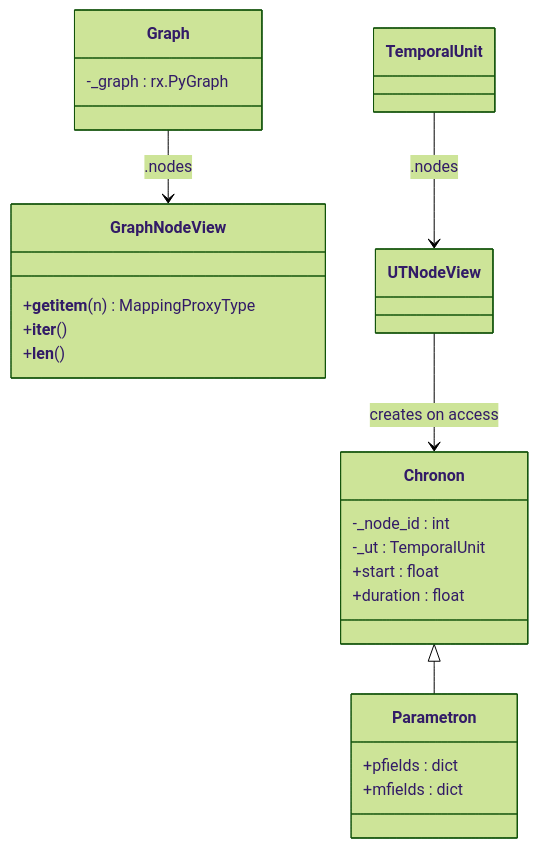
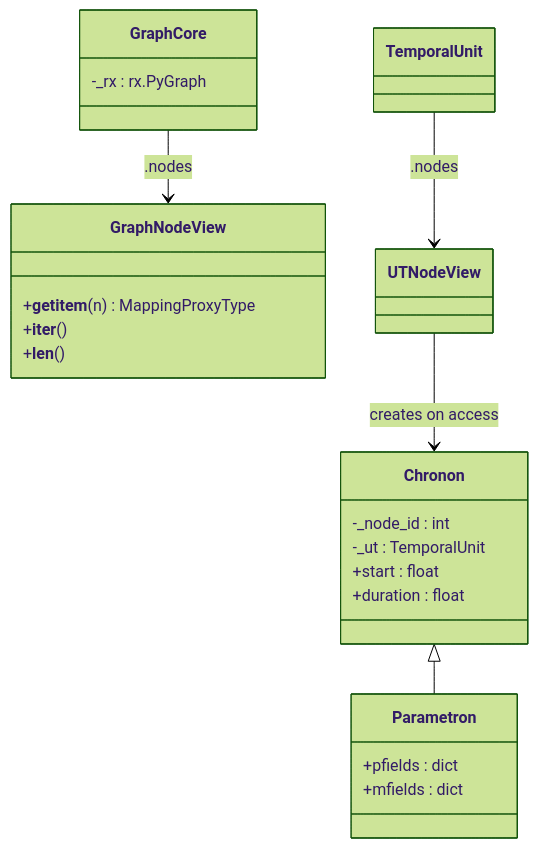
Before and after one commit to kr4g/Klotho: the second of 7 diagrams in docs/architecture/08_DESIGN_PATTERNS.md, drawn with Mermaid (forest theme). The commit also changed other lines of this file and 13 other files, not shown here.

First line of the commit message:
Overhaul architecture docs for Klotho 10.x API

````diff
--- a/docs/architecture/08_DESIGN_PATTERNS.md
+++ b/docs/architecture/08_DESIGN_PATTERNS.md
@@ -108,29 +117,29 @@
 ```mermaid
 classDiagram
-    class Graph {
-        -_graph : rx.PyGraph
+    class GraphCore {
+        -_rx : rx.PyGraph
     }
 
     class GraphNodeView {
         +__getitem__(n) MappingProxyType
         +__iter__()
         +__len__()
     }
 
     class Chronon {
         -_node_id : int
         -_ut : TemporalUnit
         +start : float
         +duration : float
     }
 
     class Parametron {
         +pfields : dict
         +mfields : dict
     }
 
-    Graph --> GraphNodeView : .nodes
+    GraphCore --> GraphNodeView : .nodes
     TemporalUnit --> UTNodeView : .nodes
     UTNodeView --> Chronon : creates on access
     Chronon <|-- Parametron
 ```
````
